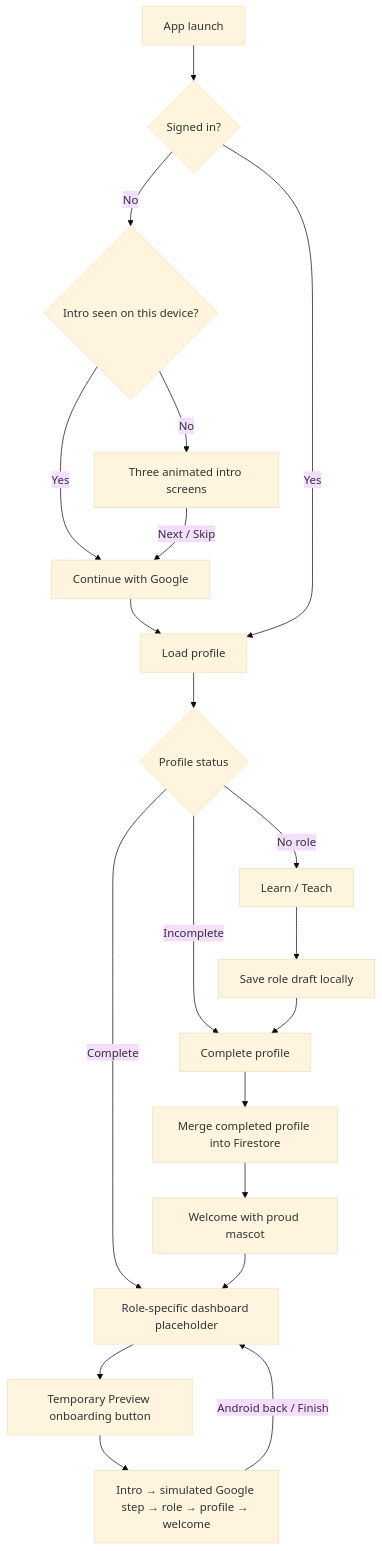
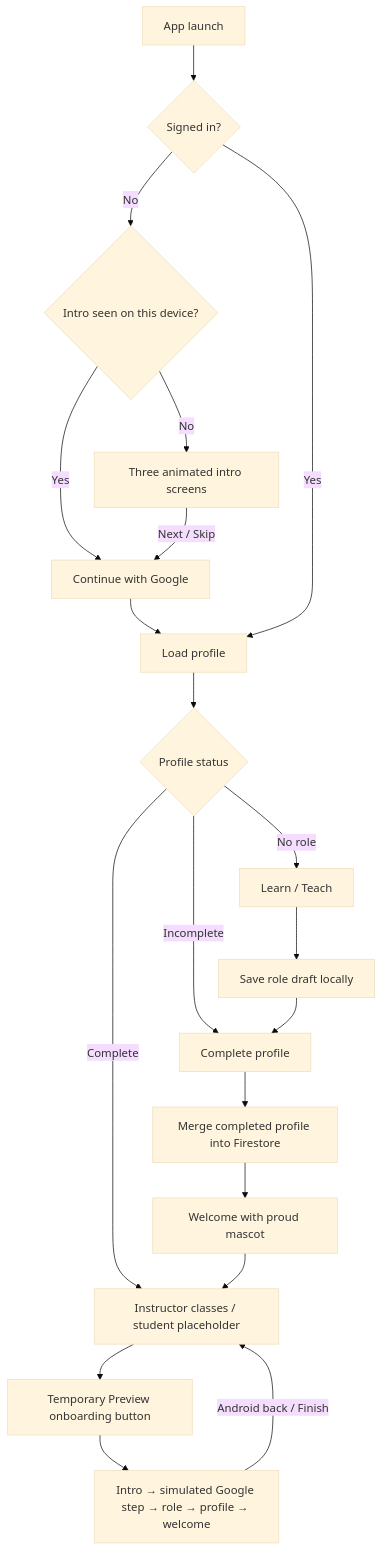
Before and after one commit to motaschristian9-jpg/Filo-app: the first of 2 diagrams in HANDOFF.md, drawn with Mermaid (base theme). The commit also changed other lines of this file and 9 other files, not shown here.

````diff
--- a/HANDOFF.md
+++ b/HANDOFF.md
@@ -29,22 +29,22 @@
 ```mermaid
 flowchart TD
     Launch[App launch] --> Auth{Signed in?}
     Auth -->|No| Seen{Intro seen on this device?}
     Seen -->|No| Intro[Three animated intro screens]
     Seen -->|Yes| Login[Continue with Google]
     Intro -->|Next / Skip| Login
     Login --> Lookup[Load profile]
     Auth -->|Yes| Lookup
     Lookup --> State{Profile status}
     State -->|No role| Role[Learn / Teach]
     State -->|Incomplete| Profile[Complete profile]
-    State -->|Complete| Home[Role-specific dashboard placeholder]
+    State -->|Complete| Home[Instructor classes / student placeholder]
     Role --> Draft[Save role draft locally]
     Draft --> Profile
     Profile --> Save[Merge completed profile into Firestore]
     Save --> Welcome[Welcome with proud mascot]
     Welcome --> Home
     Home --> Preview[Temporary Preview onboarding button]
     Preview --> IntroPreview[Intro → simulated Google step → role → profile → welcome]
     IntroPreview -->|Android back / Finish| Home
 ```
````
